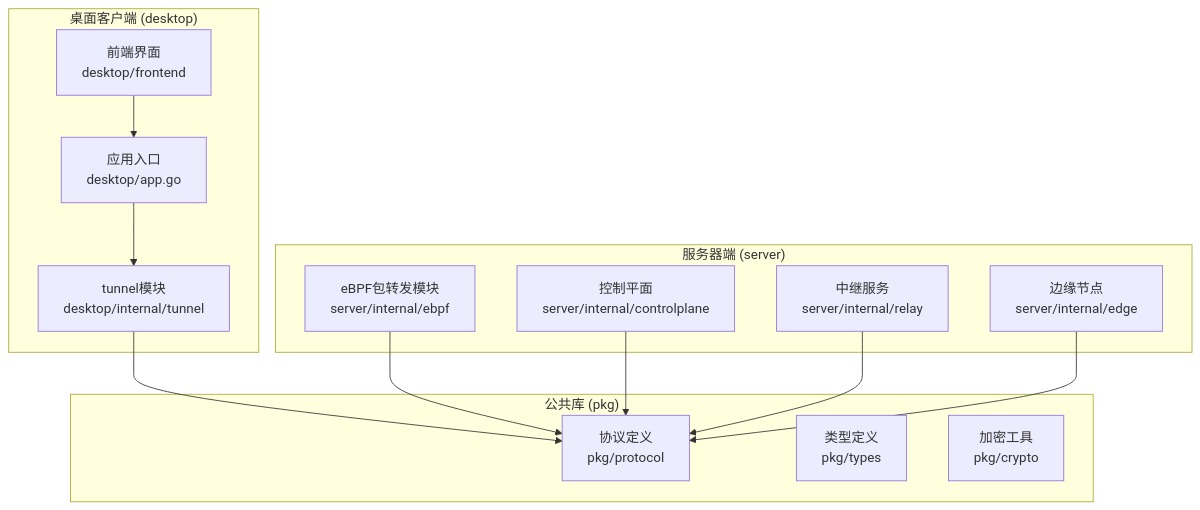
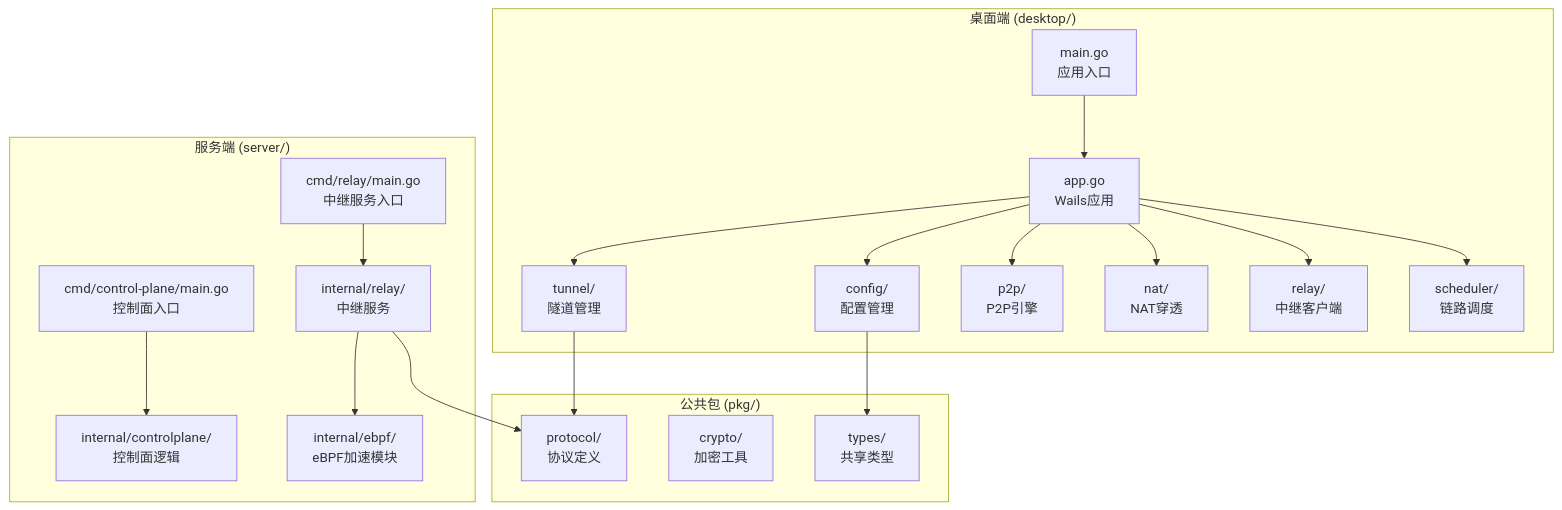
The first of 8 diagrams in .qoder/repowiki/zh/content/服务端架构/eBPF包转发系统.md (itsharex/NexTunnel), drawn with Mermaid before and after one commit. The commit also changed other lines of this file and 48 other files, not shown here.

````diff
--- a/.qoder/repowiki/zh/content/服务端架构/eBPF包转发系统.md
+++ b/.qoder/repowiki/zh/content/服务端架构/eBPF包转发系统.md
@@ -55,26 +43,38 @@
 ```mermaid
 graph TB
-subgraph "服务器端 (server)"
-EBPF[eBPF包转发模块<br/>server/internal/ebpf]
-CONTROL[控制平面<br/>server/internal/controlplane]
-RELAY[中继服务<br/>server/internal/relay]
-EDGE[边缘节点<br/>server/internal/edge]
+subgraph "桌面端 (desktop/)"
+DesktopMain[main.go<br/>应用入口]
+App[app.go<br/>Wails应用]
+Tunnel[tunnel/<br/>隧道管理]
+Config[config/<br/>配置管理]
+P2P[p2p/<br/>P2P引擎]
+NAT[nat/<br/>NAT穿透]
+Relay[relay/<br/>中继客户端]
+Scheduler[scheduler/<br/>链路调度]
 end
-subgraph "桌面客户端 (desktop)"
-TUNNEL[tunnel模块<br/>desktop/internal/tunnel]
-FRONTEND[前端界面<br/>desktop/frontend]
-APP[应用入口<br/>desktop/app.go]
+subgraph "服务端 (server/)"
+ServerMain[cmd/relay/main.go<br/>中继服务入口]
+ControlPlane[cmd/control-plane/main.go<br/>控制面入口]
+RelayServer[internal/relay/<br/>中继服务]
+ControlPlaneServer[internal/controlplane/<br/>控制面逻辑]
+EBPF[internal/ebpf/<br/>eBPF加速模块]
 end
-subgraph "公共库 (pkg)"
-PROTOCOL[协议定义<br/>pkg/protocol]
-TYPES[类型定义<br/>pkg/types]
-CRYPTO[加密工具<br/>pkg/crypto]
+subgraph "公共包 (pkg/)"
+Protocol[protocol/<br/>协议定义]
+Crypto[crypto/<br/>加密工具]
+Types[types/<br/>共享类型]
 end
-EBPF --> PROTOCOL
-TUNNEL --> PROTOCOL
-CONTROL --> PROTOCOL
-RELAY --> PROTOCOL
-EDGE --> PROTOCOL
-FRONTEND --> APP
-APP --> TUNNEL
+DesktopMain --> App
+App --> Tunnel
+App --> Config
+App --> P2P
+App --> NAT
+App --> Relay
+App --> Scheduler
+ServerMain --> RelayServer
+ControlPlane --> ControlPlaneServer
+RelayServer --> EBPF
+RelayServer --> Protocol
+Tunnel --> Protocol
+Config --> Types
 ```
````
